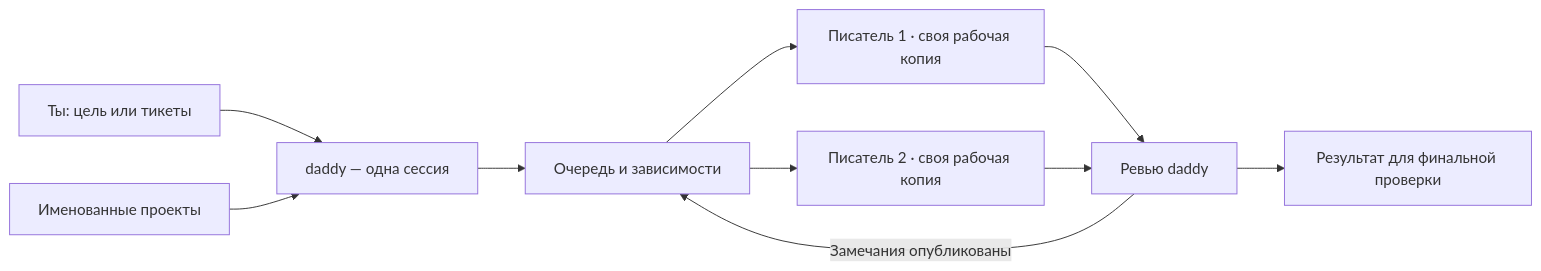
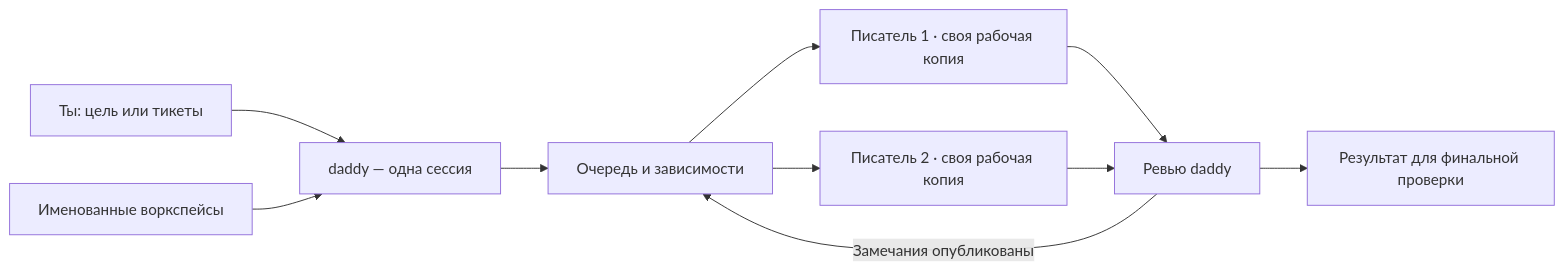
One commit to heesooyaam/daddyloop changed the diagram in README.md. Above: the diagram before and after it, drawn with Mermaid. The commit also changed other lines of this file and 61 other files, not shown here.

````diff
--- a/README.md
+++ b/README.md
@@ -25,12 +25,12 @@
 ```mermaid
 flowchart LR
     U[Ты: цель или тикеты] --> D[daddy — одна сессия]
-    P[Именованные проекты] --> D
+    P[Именованные воркспейсы] --> D
     D --> Q[Очередь и зависимости]
     Q --> W1[Писатель 1 · своя рабочая копия]
     Q --> W2[Писатель 2 · своя рабочая копия]
     W1 --> R[Ревью daddy]
     W2 --> R
     R -->|Замечания опубликованы| Q
     R --> F[Результат для финальной проверки]
 ```
````
